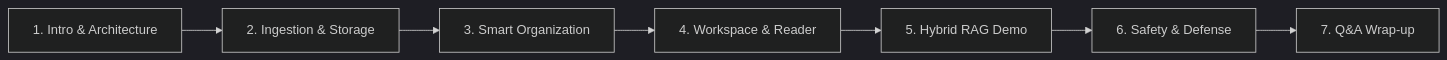
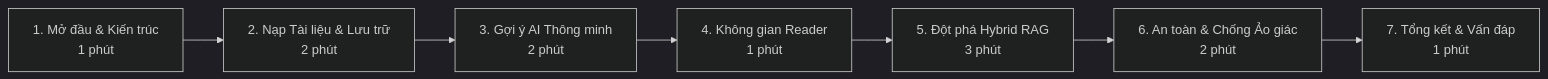
One commit to dbp3206-source/group_sync changed the diagram in docs/05_qa_and_demo/LIVE_DEMO_SCRIPT.md. Above: the diagram before and after it, drawn with Mermaid (dark theme). The commit also changed other lines of this file and 8 other files, not shown here.

````diff
--- a/docs/05_qa_and_demo/LIVE_DEMO_SCRIPT.md
+++ b/docs/05_qa_and_demo/LIVE_DEMO_SCRIPT.md
@@ -12,9 +14,9 @@
 ```mermaid
 graph LR
-    A[1. Intro & Architecture] --> B[2. Ingestion & Storage]
-    B --> C[3. Smart Organization]
-    C --> D[4. Workspace & Reader]
-    D --> E[5. Hybrid RAG Demo]
-    E --> F[6. Safety & Defense]
-    F --> G[7. Q&A Wrap-up]
+    A[1. Mở đầu & Kiến trúc<br>1 phút] --> B[2. Nạp Tài liệu & Lưu trữ<br>2 phút]
+    B --> C[3. Gợi ý AI Thông minh<br>2 phút]
+    C --> D[4. Không gian Reader<br>1 phút]
+    D --> E[5. Đột phá Hybrid RAG<br>3 phút]
+    E --> F[6. An toàn & Chống Ảo giác<br>2 phút]
+    F --> G[7. Tổng kết & Vấn đáp<br>1 phút]
 ```
````
